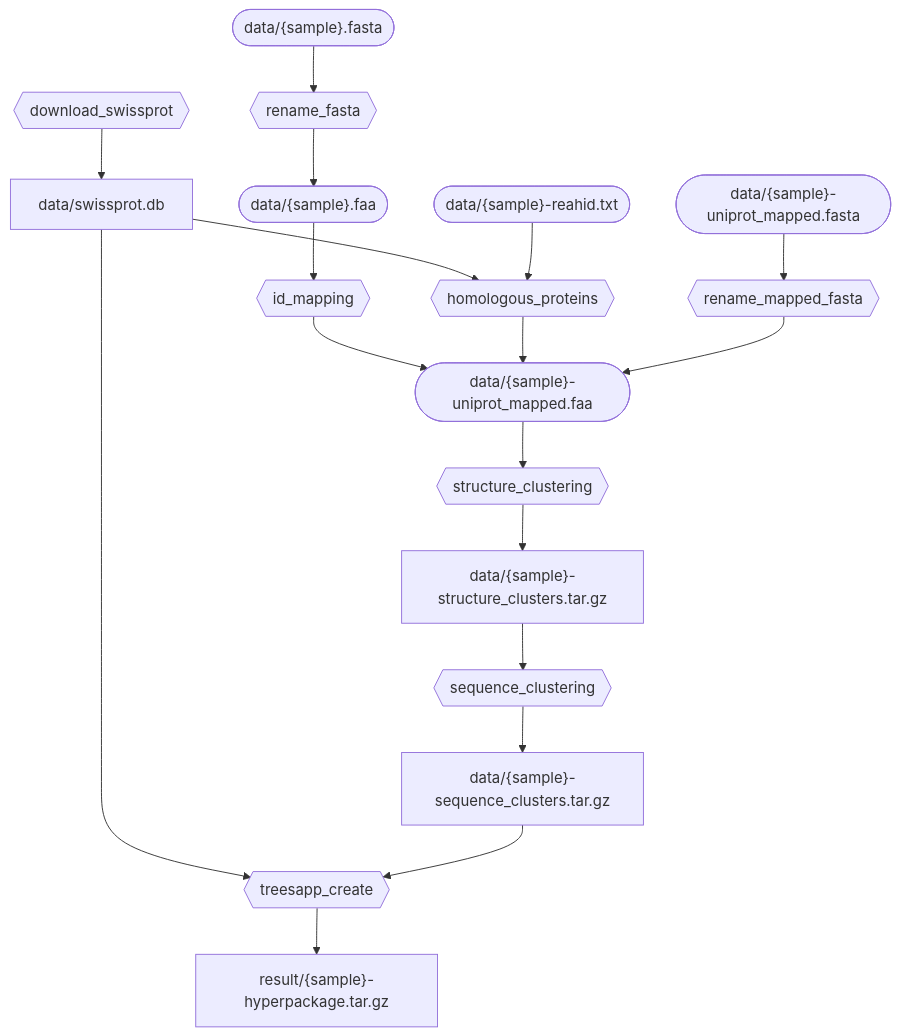
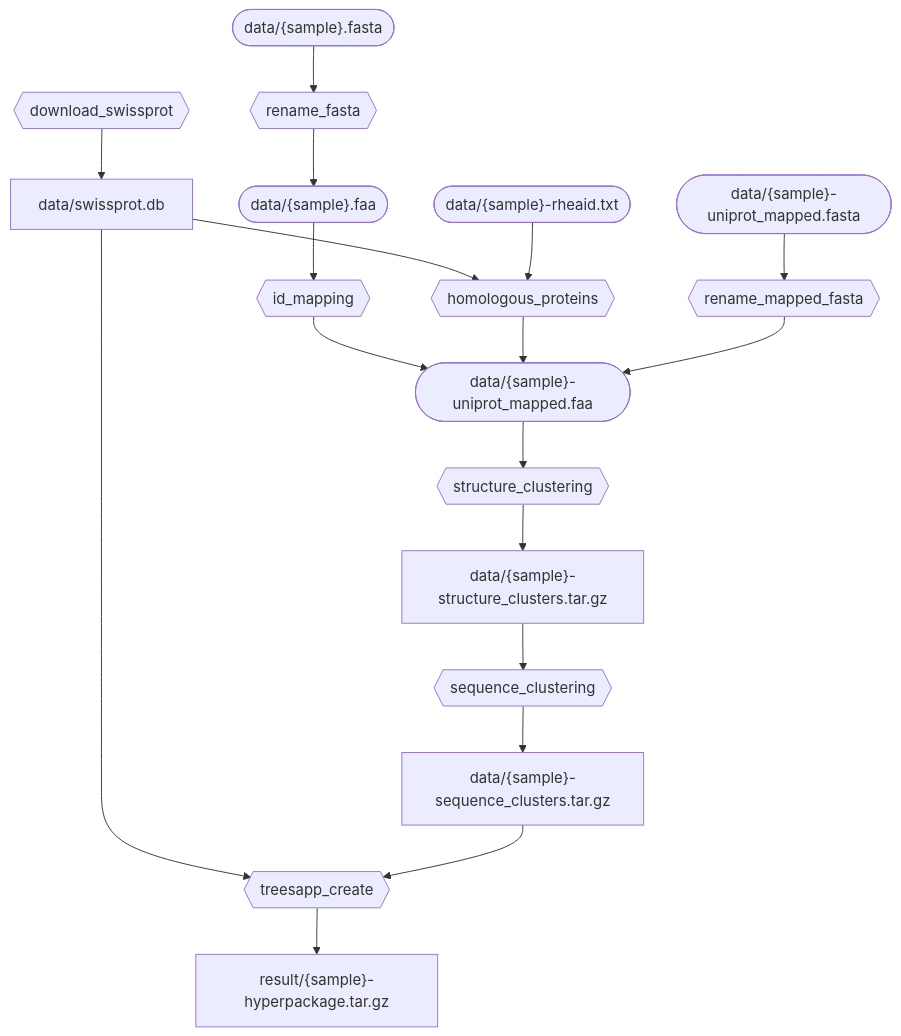
Before and after one commit to RyloByte/TS-Capstone-2025: the diagram in hyperpackage_snakemake/README.md, drawn with Mermaid. The commit also changed 5 other files, not shown here.

````diff
--- a/hyperpackage_snakemake/README.md
+++ b/hyperpackage_snakemake/README.md
@@ -22,37 +22,37 @@
 ```mermaid
 flowchart TD
     A{{download_swissprot}}
     B[data/swissprot.db]
     A-->B
     C{{rename_fasta}}
     D(["data/{sample}.fasta"])
     E(["data/{sample}.faa"])
     D-->C
     C-->E
     F{{id_mapping}}
     G(["data/{sample}-uniprot_mapped.faa"])
     E-->F
     F-->G
     H{{homologous_proteins}}
-    I(["data/{sample}-reahid.txt"])
+    I(["data/{sample}-rheaid.txt"])
     B-->H
     I-->H
     H-->G
     J{{structure_clustering}}
     K["data/{sample}-structure_clusters.tar.gz"]
     G-->J
     J-->K
     L{{sequence_clustering}}
     M["data/{sample}-sequence_clusters.tar.gz"]
     K-->L
     L-->M
     N{{treesapp_create}}
     O["result/{sample}-hyperpackage.tar.gz"]
     B-->N
     M-->N
     N-->O
     P{{rename_mapped_fasta}}
     Q(["data/{sample}-uniprot_mapped.fasta"])
     Q-->P
     P-->G
 ```
````
